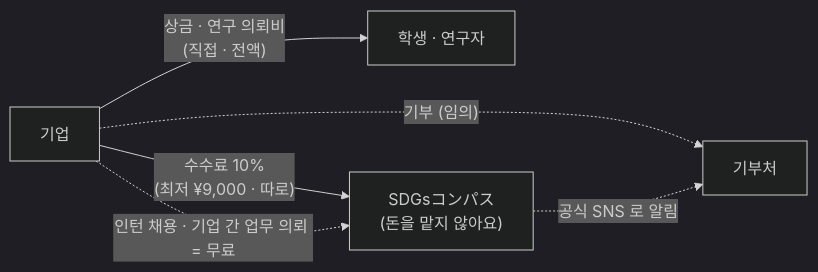
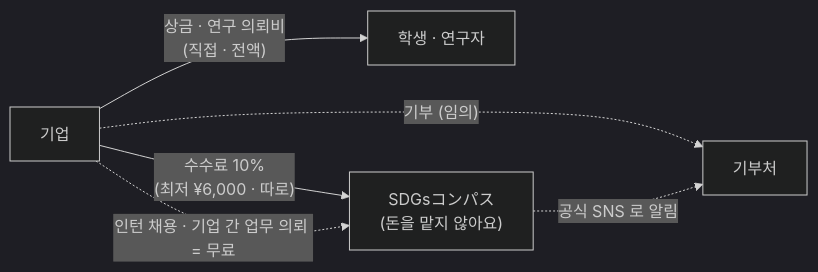
One commit to atome9797/sdgs-compass changed the diagram in docs/fees.md. Above: the diagram before and after it, drawn with Mermaid (dark theme). The commit also changed other lines of this file and 21 other files, not shown here.

````diff
--- a/docs/fees.md
+++ b/docs/fees.md
@@ -38,8 +43,8 @@
 ```mermaid
 flowchart LR
   C["기업"] -- "상금 · 연구 의뢰비<br/>(직접 · 전액)" --> S["학생 · 연구자"]
-  C -- "수수료 10%<br/>(최저 ¥9,000 · 따로)" --> P["SDGsコンパス<br/>(돈을 맡지 않아요)"]
+  C -- "수수료 10%<br/>(최저 ¥6,000 · 따로)" --> P["SDGsコンパス<br/>(돈을 맡지 않아요)"]
   C -. "인턴 채용 · 기업 간 업무 의뢰 = 무료" .-> P
   C -. "기부 (임의)" .-> D["기부처"]
   P -. "공식 SNS 로 알림" .-> D
 ```
````
